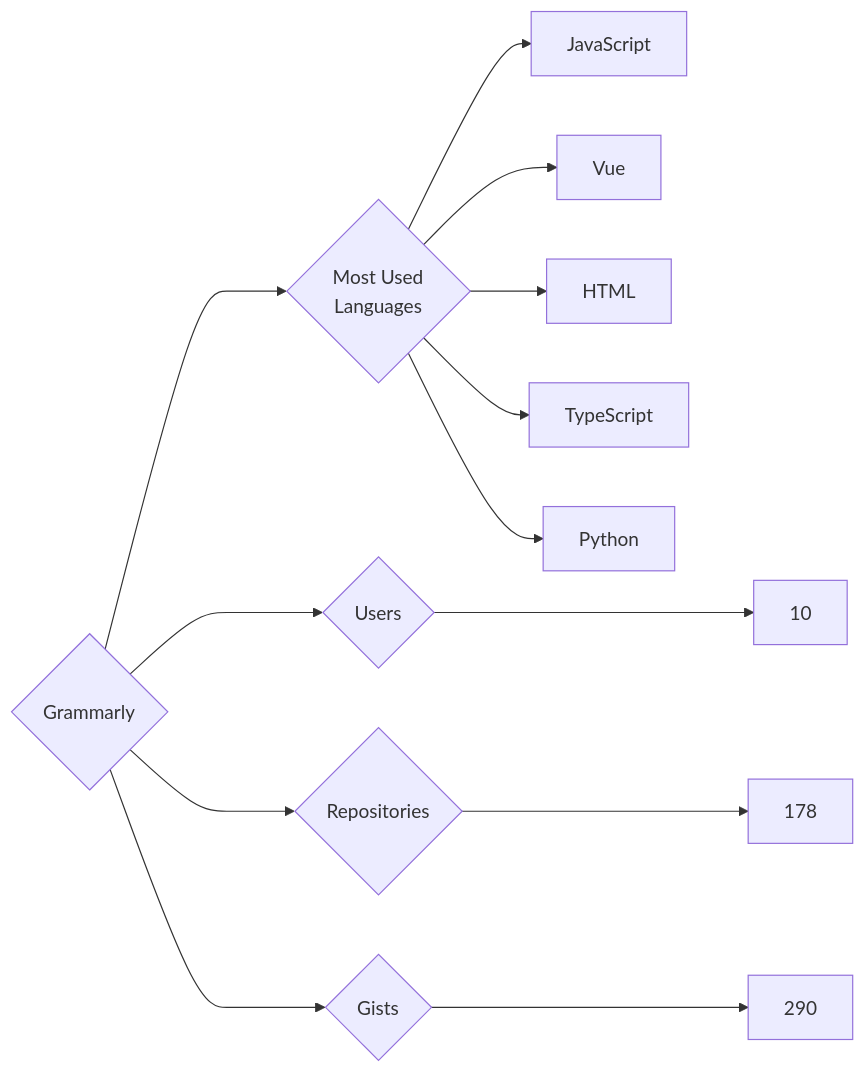
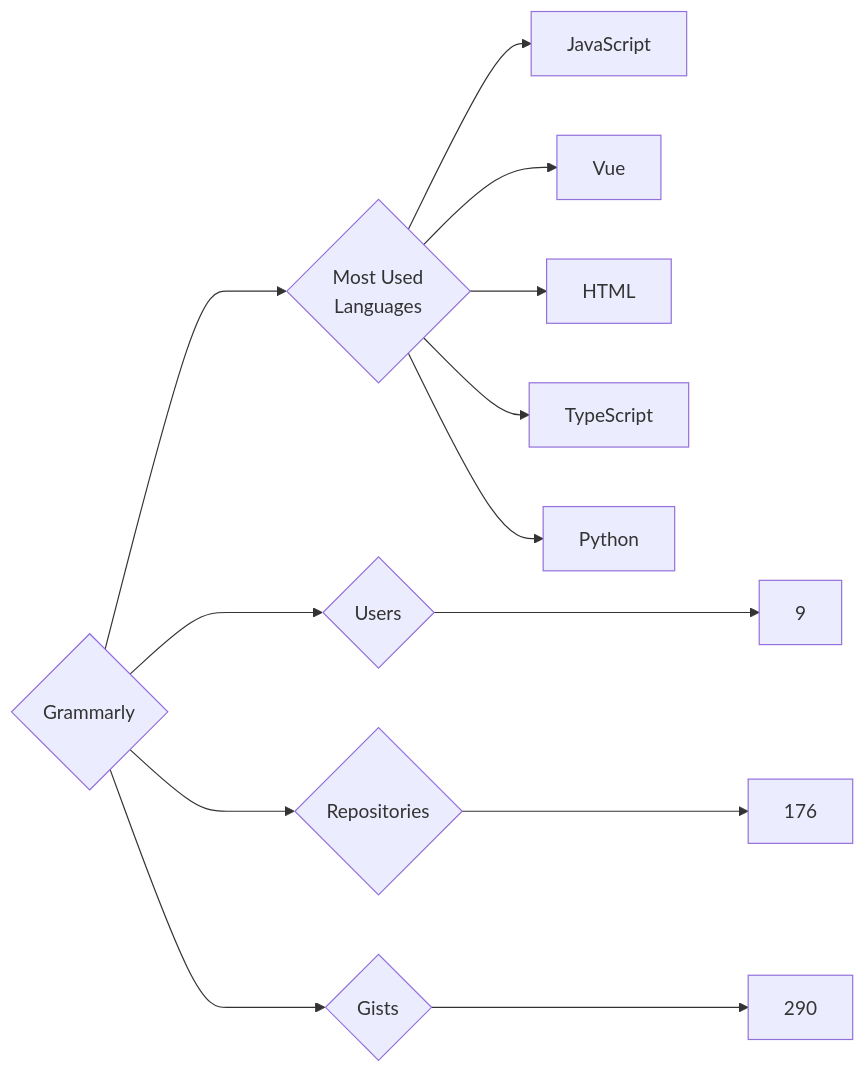
Before and after one commit to trickest/insiders: the diagram in targets/Grammarly/README.md, drawn with Mermaid. The commit also changed 614 other files, not shown here.

````diff
--- a/targets/Grammarly/README.md
+++ b/targets/Grammarly/README.md
@@ -3,13 +3,13 @@
 ```mermaid
 graph LR
 COMPANY_NAME{Grammarly}
-COMPANY_NAME ---> U{Users} ---> UN[10]
-COMPANY_NAME ---> R{Repositories} ---> RN[178]
+COMPANY_NAME ---> U{Users} ---> UN[9]
+COMPANY_NAME ---> R{Repositories} ---> RN[176]
 COMPANY_NAME ---> G{Gists} ---> GN[290]
 COMPANY_NAME ---> ML{Most Used<br>Languages}
 ML --> JavaScript[JavaScript]
 ML --> Vue[Vue]
 ML --> HTML[HTML]
 ML --> TypeScript[TypeScript]
 ML --> Python[Python]
 ```
````
